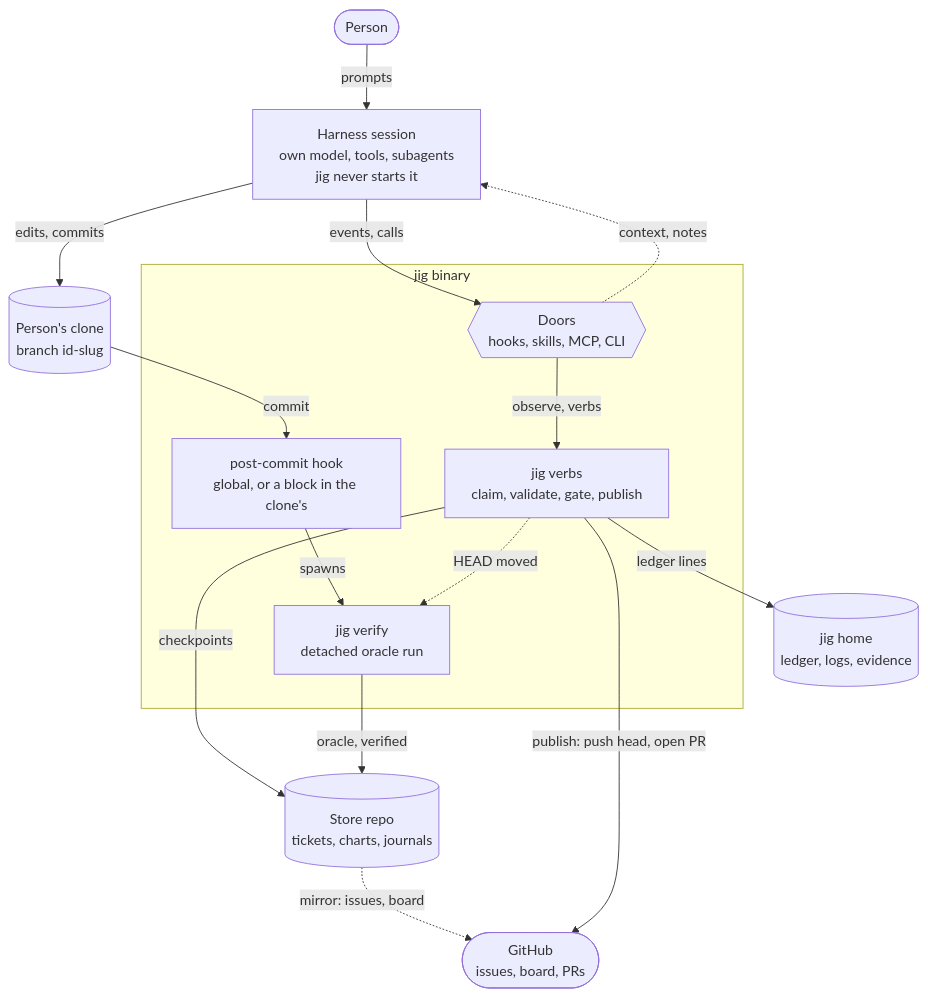
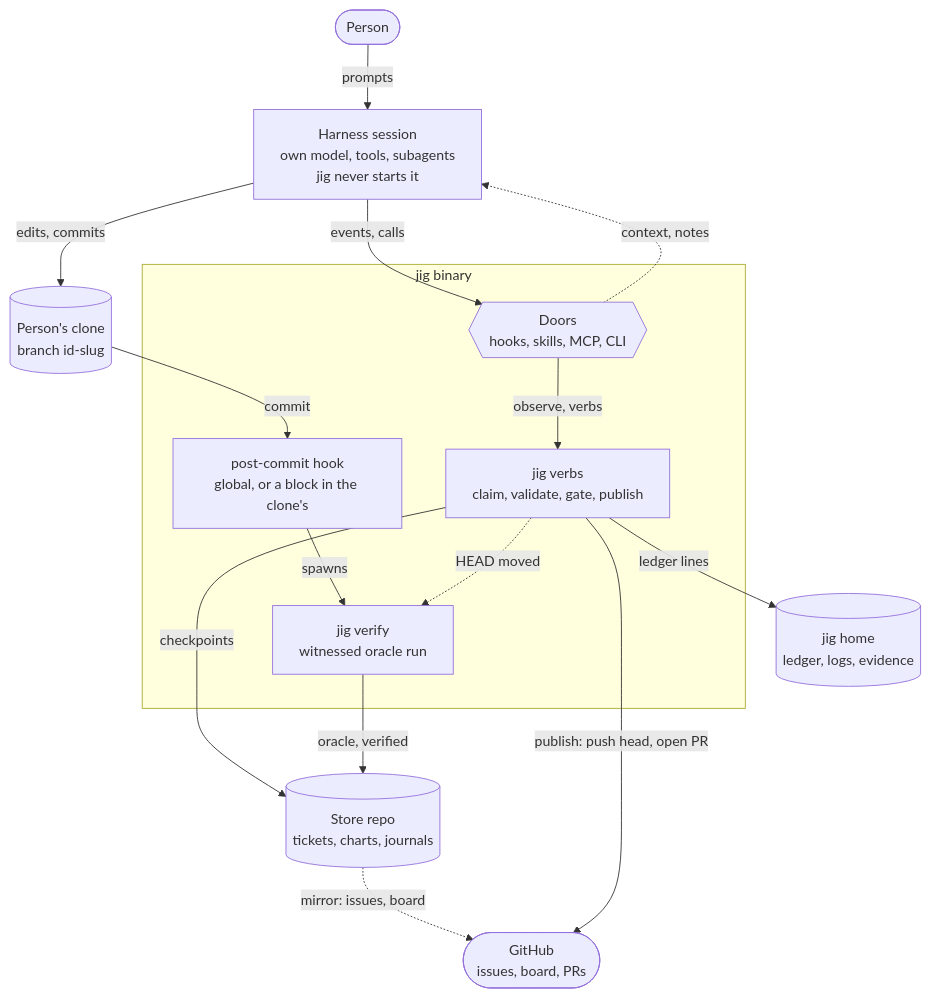
One commit to develdeco/jig changed the first of 5 diagrams in docs/diagrams.md. Above: the diagram before and after it, drawn with Mermaid. The commit also changed other lines of this file and 16 other files, not shown here.

First line of the commit message:
The build skill and the docs say a builder runs jig verify and jig witnesses the run

````diff
--- a/docs/diagrams.md
+++ b/docs/diagrams.md
@@ -27,29 +27,29 @@
 ```mermaid
 flowchart TB
   person(["Person"])
   harness["Harness session<br/>own model, tools, subagents<br/>jig never starts it"]
   clone[("Person's clone<br/>branch id-slug")]
   subgraph jigBox ["jig binary"]
     doors{{"Doors<br/>hooks, skills, MCP, CLI"}}
     verbs["jig verbs<br/>claim, validate, gate, publish"]
     hook["post-commit hook<br/>global, or a block in the clone's"]
-    verify["jig verify<br/>detached oracle run"]
+    verify["jig verify<br/>witnessed oracle run"]
   end
   store[("Store repo<br/>tickets, charts, journals")]
   home[("jig home<br/>ledger, logs, evidence")]
   github(["GitHub<br/>issues, board, PRs"])
 
   person -->|prompts| harness
   harness -->|events, calls| doors
   doors -.->|context, notes| harness
   doors -->|observe, verbs| verbs
   verbs -->|checkpoints| store
   verbs -->|ledger lines| home
   store -.->|"mirror: issues, board"| github
   verbs -->|"publish: push head, open PR"| github
   harness -->|edits, commits| clone
   clone -->|commit| hook
   hook -->|spawns| verify
   verbs -.->|HEAD moved| verify
   verify -->|oracle, verified| store
 ```
````
